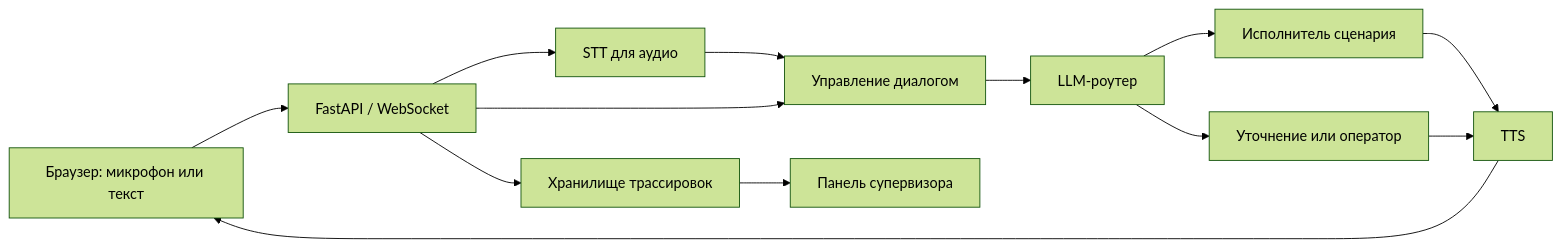
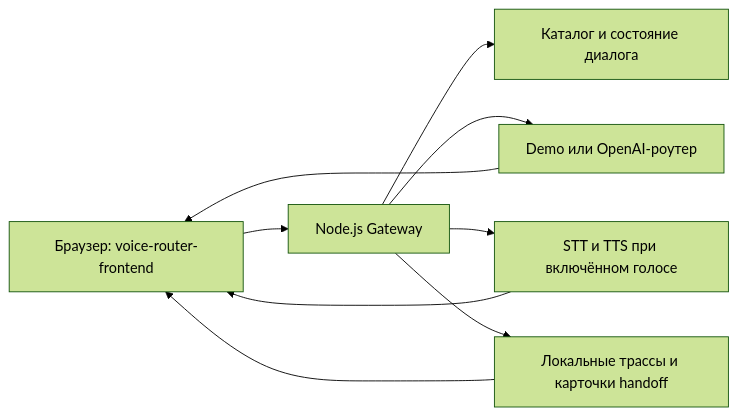
Before and after one commit to BAITC-Hacks/hack-345ab97f-antennas: the diagram in README.md, drawn with Mermaid (forest theme). The commit also changed other lines of this file, not shown here.

````diff
--- a/README.md
+++ b/README.md
@@ -44,15 +41,11 @@
 ```mermaid
 flowchart LR
-    B[Браузер: микрофон или текст] --> G[FastAPI / WebSocket]
-    G --> S[STT для аудио]
-    S --> D[Управление диалогом]
-    G --> D
-    D --> R[LLM-роутер]
-    R --> E[Исполнитель сценария]
-    R --> Q[Уточнение или оператор]
-    E --> T[TTS]
-    Q --> T
-    T --> B
-    G --> X[Хранилище трассировок]
-    X --> U[Панель супервизора]
+    B[Браузер: voice-router-frontend] --> G[Node.js Gateway]
+    G --> C[Каталог и состояние диалога]
+    G --> R[Demo или OpenAI-роутер]
+    G --> S[STT и TTS при включённом голосе]
+    G --> X[Локальные трассы и карточки handoff]
+    R --> B
+    S --> B
+    X --> B
 ```
````
